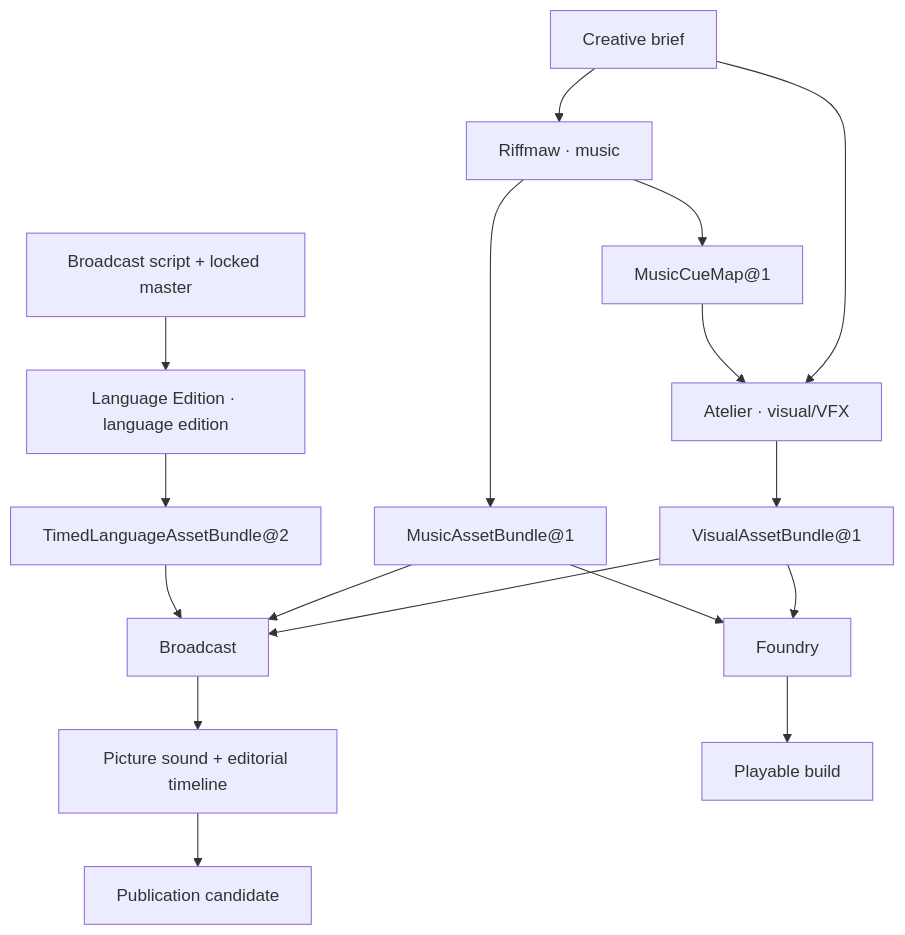
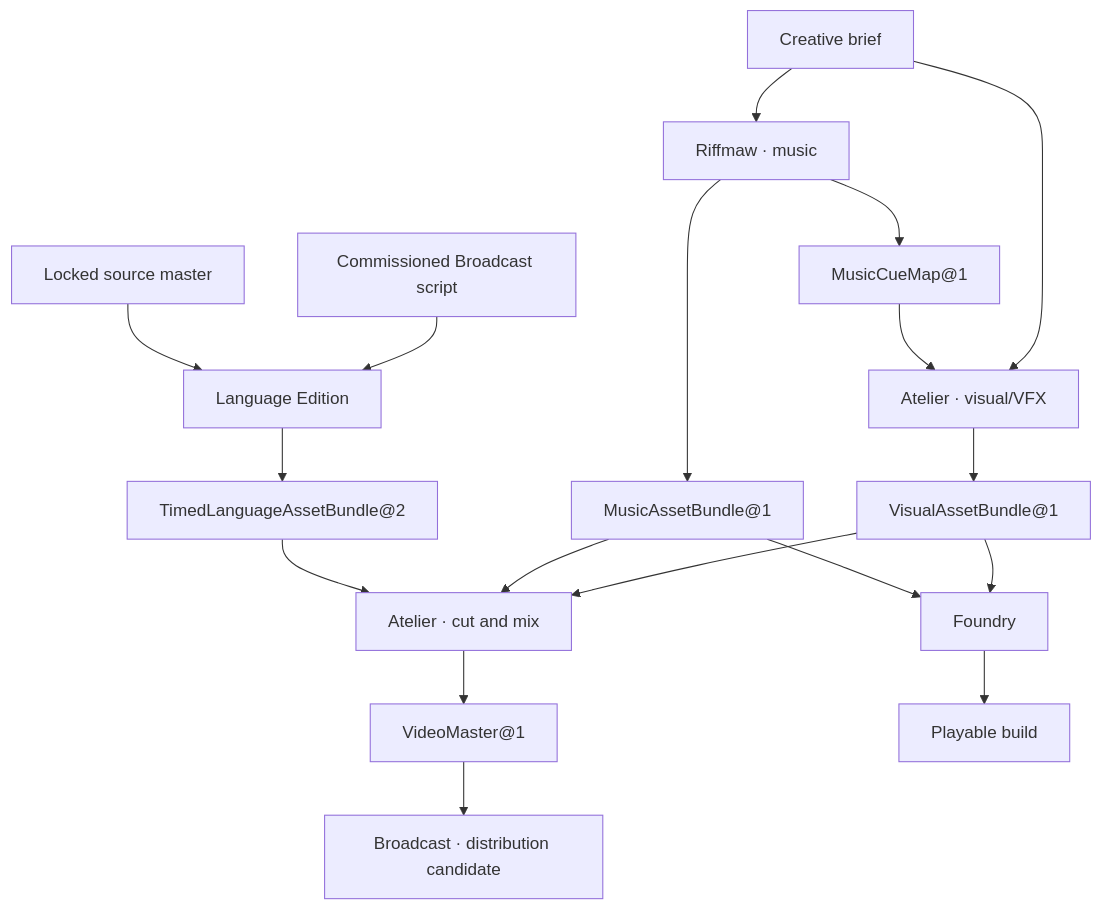
Before and after one commit to hexanomicon/lychd: the diagram in docs/compositions/products-and-suites.md, drawn with Mermaid. The commit also changed other lines of this file and 146 other files, not shown here.

````diff
--- a/docs/compositions/products-and-suites.md
+++ b/docs/compositions/products-and-suites.md
@@ -123,19 +124,20 @@
 ```mermaid
 flowchart TD
     B["Creative brief"] --> V["Atelier · visual/VFX"]
     B --> R["Riffmaw · music"]
-    BS["Broadcast script + locked master"] --> D["Language Edition · language edition"]
+    BS["Commissioned Broadcast script"] --> D["Language Edition"]
+    LM["Locked source master"] --> D
     R --> S["MusicAssetBundle@1"]
     R --> C["MusicCueMap@1"]
     C --> V
     V --> A["VisualAssetBundle@1"]
     D --> L["TimedLanguageAssetBundle@2"]
     A --> G["Foundry"]
     S --> G
-    A --> P["Broadcast"]
-    S --> P
-    L --> P
-    P --> PS["Picture sound + editorial timeline"]
+    A --> T["Atelier · cut and mix"]
+    S --> T
+    L --> T
+    T --> M["VideoMaster@1"]
     G --> GB["Playable build"]
-    PS --> PC["Publication candidate"]
+    M --> PC["Broadcast · distribution candidate"]
 ```
````
